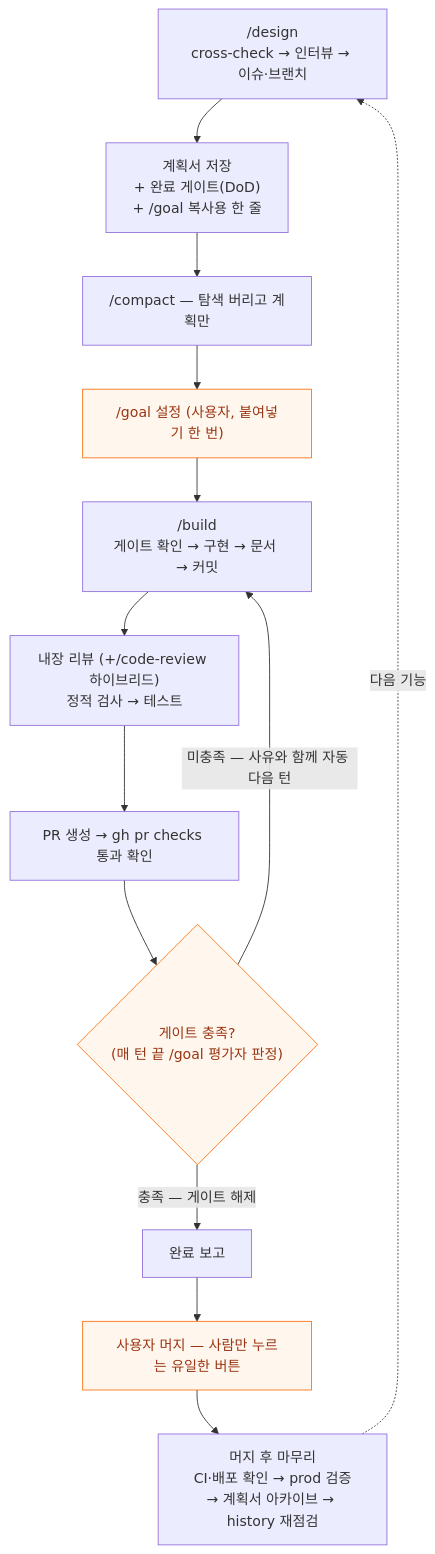
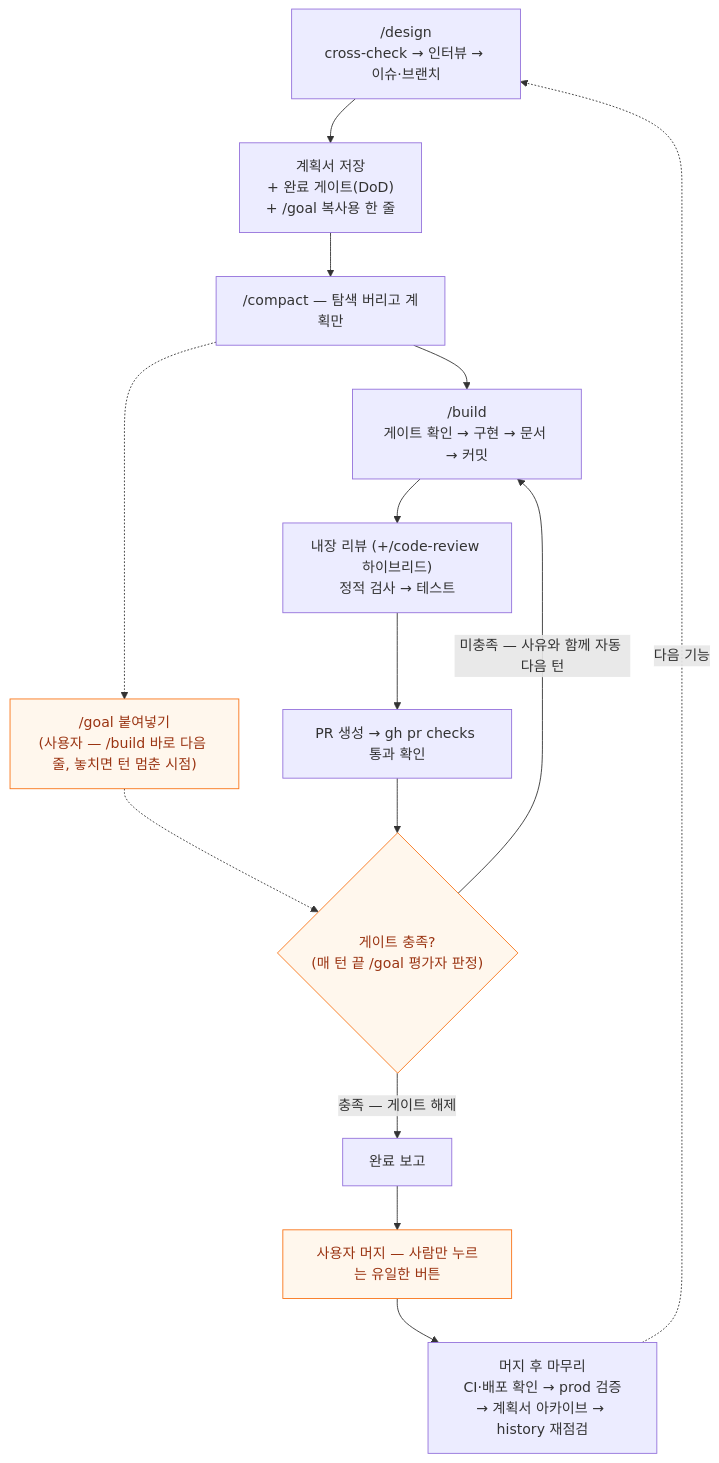
Before and after one commit to hyewon3938/build-with-ai: the diagram in workflow/system-map.md, drawn with Mermaid. The commit also changed other lines of this file and 3 other files, not shown here.

````diff
--- a/workflow/system-map.md
+++ b/workflow/system-map.md
@@ -68,18 +68,19 @@
 ```mermaid
 graph TD
     A["/design<br/>cross-check → 인터뷰 → 이슈·브랜치"] --> B["계획서 저장<br/>+ 완료 게이트(DoD)<br/>+ /goal 복사용 한 줄"]
     B --> C["/compact — 탐색 버리고 계획만"]
-    C --> G["/goal 설정 (사용자, 붙여넣기 한 번)"]
-    G --> D["/build<br/>게이트 확인 → 구현 → 문서 → 커밋"]
+    C --> D["/build<br/>게이트 확인 → 구현 → 문서 → 커밋"]
+    C -.-> G["/goal 붙여넣기<br/>(사용자 — /build 바로 다음 줄, 놓치면 턴 멈춘 시점)"]
+    G -.-> H
     D --> E["내장 리뷰 (+/code-review 하이브리드)<br/>정적 검사 → 테스트"]
     E --> F["PR 생성 → gh pr checks 통과 확인"]
     F --> H{"게이트 충족?<br/>(매 턴 끝 /goal 평가자 판정)"}
     H -->|미충족 — 사유와 함께 자동 다음 턴| D
     H -->|충족 — 게이트 해제| I["완료 보고"]
     I --> J["사용자 머지 — 사람만 누르는 유일한 버튼"]
     J --> K["머지 후 마무리<br/>CI·배포 확인 → prod 검증<br/>→ 계획서 아카이브 → history 재점검"]
     K -.다음 기능.-> A
 
     classDef gate fill:#fff7ed,stroke:#f97316,color:#9a3412
     class G,H,J gate
 ```
````
